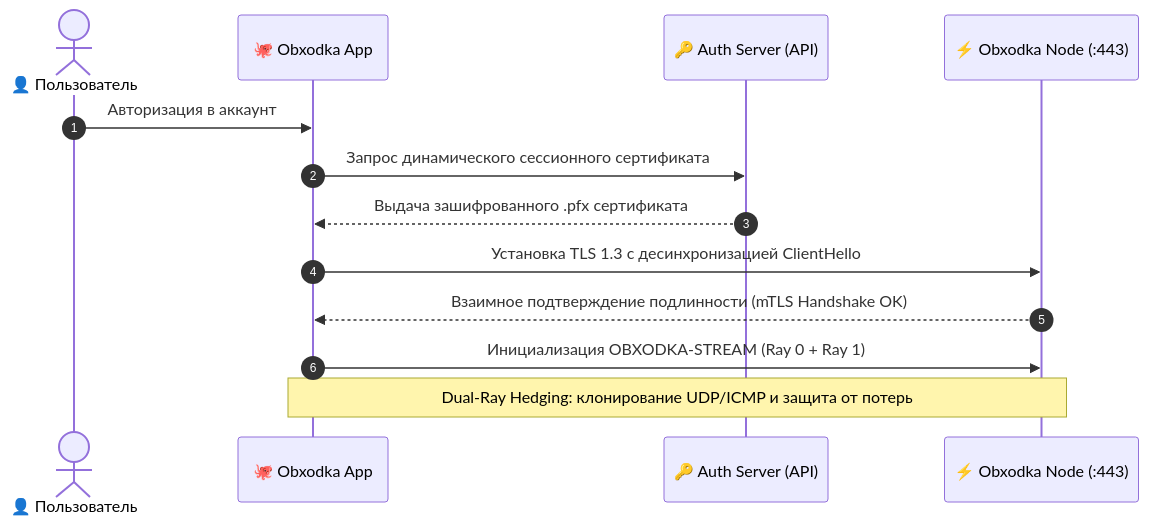
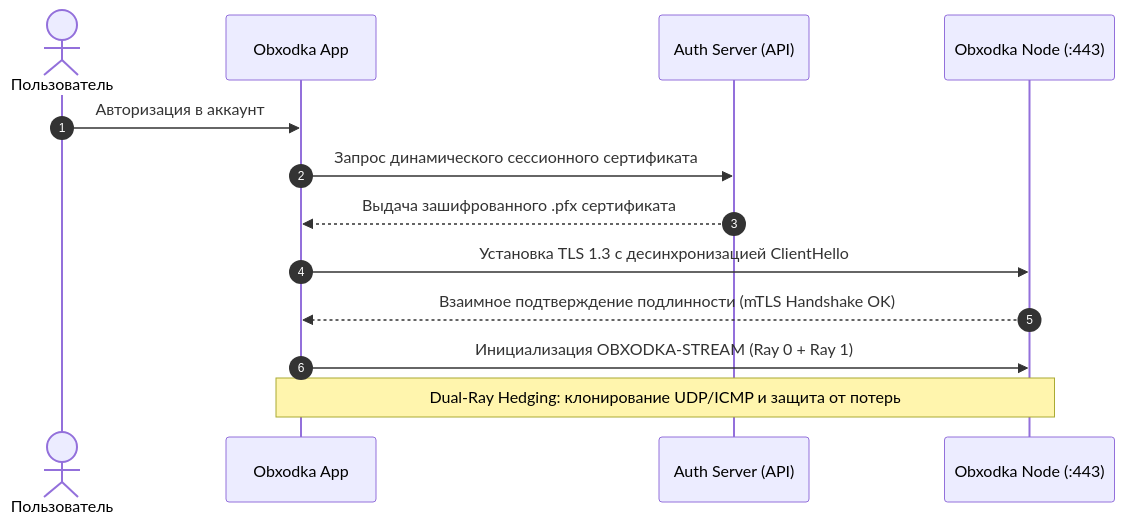
Before and after one commit to OctoCore-Dev/obxodka: the second of 2 diagrams in README.md, drawn with Mermaid. The commit also changed other lines of this file and 29 other files, not shown here.

````diff
--- a/README.md
+++ b/README.md
@@ -111,16 +112,16 @@
 ```mermaid
 sequenceDiagram
     autonumber
-    actor User as 👤 Пользователь
-    participant Client as 🐙 Obxodka App
-    participant Auth as 🔑 Auth Server (API)
-    participant Gateway as ⚡ Obxodka Node (:443)
+    actor User as Пользователь
+    participant Client as Obxodka App
+    participant Auth as Auth Server (API)
+    participant Gateway as Obxodka Node (:443)
 
     User->>Client: Авторизация в аккаунт
     Client->>Auth: Запрос динамического сессионного сертификата
     Auth-->>Client: Выдача зашифрованного .pfx сертификата
     Client->>Gateway: Установка TLS 1.3 с десинхронизацией ClientHello
     Gateway-->>Client: Взаимное подтверждение подлинности (mTLS Handshake OK)
     Client->>Gateway: Инициализация OBXODKA-STREAM (Ray 0 + Ray 1)
     Note over Client,Gateway: Dual-Ray Hedging: клонирование UDP/ICMP и защита от потерь
 ```
````
